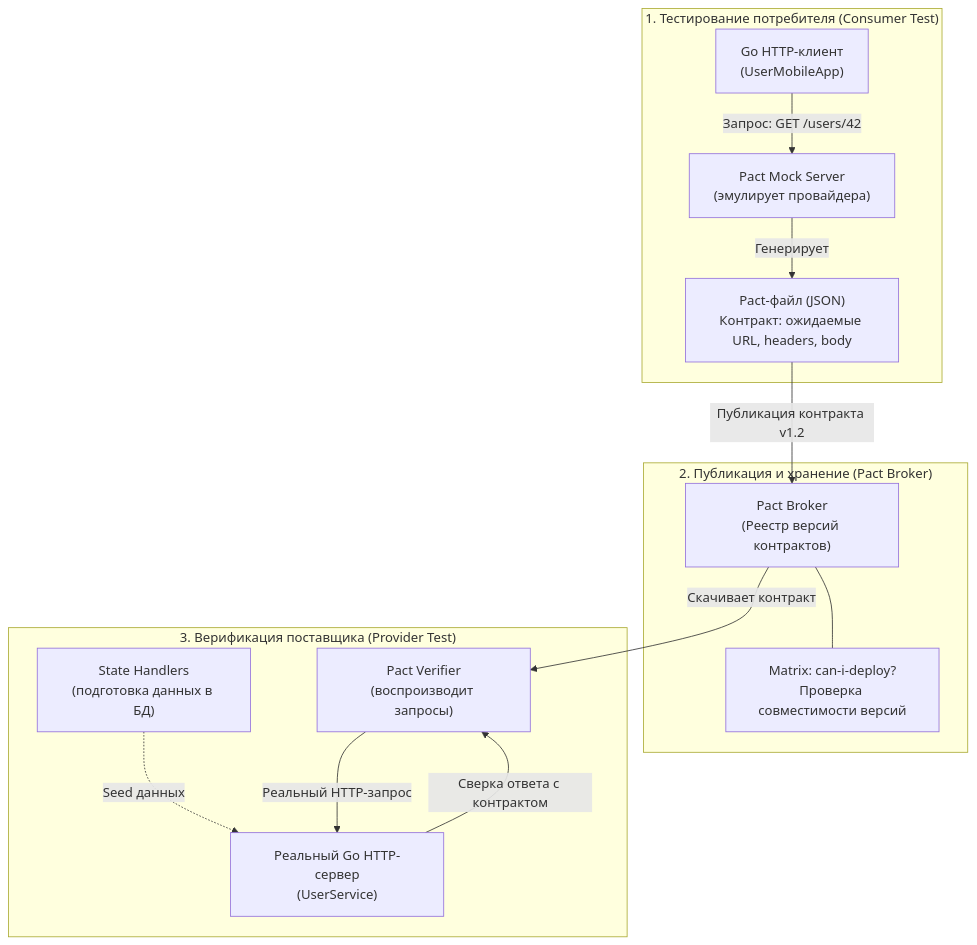
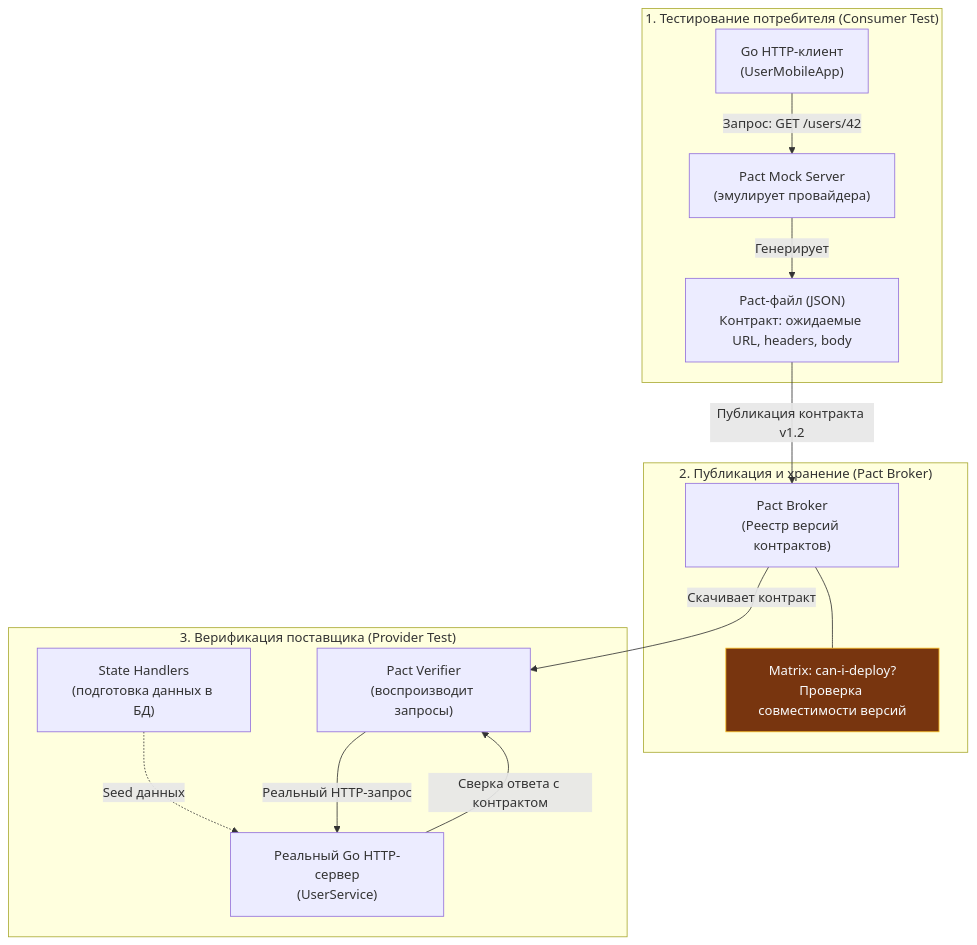
Before and after one commit to UnrealTemplier/go-textbook: the first of 2 diagrams in sources/11. Архитектура и System Design/48. Тестирование архитектуры. Contract и Integration testing.md, drawn with Mermaid. The commit also changed other lines of this file and 1666 other files, not shown here.

First line of the commit message:
feat(mermaid): add semantic color classDef to 1369 colorless flowchart/graph diagrams

````diff
--- a/sources/11. Архитектура и System Design/48. Тестирование архитектуры. Contract и Integration testing.md
+++ b/sources/11. Архитектура и System Design/48. Тестирование архитектуры. Contract и Integration testing.md
@@ -26,27 +26,37 @@
 ```mermaid
 flowchart TD
+    classDef process  fill:#1e293b,stroke:#38bdf8,stroke-width:1px,color:#f8fafc
+    classDef success  fill:#064e3b,stroke:#34d399,stroke-width:1px,color:#f8fafc
+    classDef error    fill:#7f1d1d,stroke:#f87171,stroke-width:1px,color:#f8fafc
+    classDef warning  fill:#78350f,stroke:#fbbf24,stroke-width:1px,color:#f8fafc
+    classDef entry    fill:#1e3a5f,stroke:#38bdf8,stroke-width:2px,color:#f8fafc
+    classDef aux      fill:#334155,stroke:#64748b,stroke-width:1px,color:#f8fafc
+    classDef system   fill:#312e81,stroke:#a78bfa,stroke-width:1px,color:#f8fafc
+    classDef data     fill:#132d29,stroke:#2dd4bf,stroke-width:1px,color:#f8fafc
+    classDef network  fill:#881337,stroke:#fb7185,stroke-width:1px,color:#f8fafc
+    classDef accent   fill:#1e1b4b,stroke:#818cf8,stroke-width:1px,color:#f8fafc
     subgraph ConsumerSide["1. Тестирование потребителя (Consumer Test)"]
         ClientCode["Go HTTP-клиент<br>(UserMobileApp)"]
         MockServer["Pact Mock Server<br>(эмулирует провайдера)"]
         PactJSON["Pact-файл (JSON)<br>Контракт: ожидаемые URL, headers, body"]
         ClientCode -->|"Запрос: GET /users/42"| MockServer
         MockServer -->|"Генерирует"| PactJSON
     end
 
     subgraph BrokerSide["2. Публикация и хранение (Pact Broker)"]
         PactBroker["Pact Broker<br>(Реестр версий контрактов)"]
         PactJSON -->|"Публикация контракта v1.2"| PactBroker
-        Matrix["Matrix: can-i-deploy?<br>Проверка совместимости версий"]
+        Matrix["Matrix: can-i-deploy?<br>Проверка совместимости версий"]:::warning
         PactBroker --- Matrix
     end
 
     subgraph ProviderSide["3. Верификация поставщика (Provider Test)"]
         RealServer["Реальный Go HTTP-сервер<br>(UserService)"]
         VerifyEngine["Pact Verifier<br>(воспроизводит запросы)"]
         DBState["State Handlers<br>(подготовка данных в БД)"]
         PactBroker -->|"Скачивает контракт"| VerifyEngine
         DBState -.->|"Seed данных"| RealServer
         VerifyEngine -->|"Реальный HTTP-запрос"| RealServer
         RealServer -->|"Сверка ответа с контрактом"| VerifyEngine
     end
 ```
````
